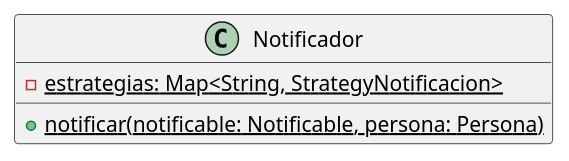
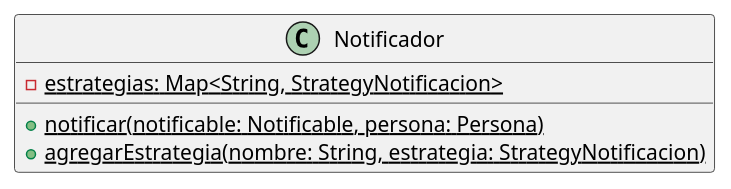
Before and after one commit to mbertogliati/dds-tpa: the diagram in DC/E3/notificaciones/Notificador.puml, drawn with PlantUML. The commit also changed 4 other files, not shown here.

Commit message:
Modifico diagrama de notificador

```diff
--- a/DC/E3/notificaciones/Notificador.puml
+++ b/DC/E3/notificaciones/Notificador.puml
@@ -1,9 +1,10 @@
 @startuml
 'https://plantuml.com/class-diagram
 
 class Notificador{
     {static}-estrategias: Map<String, StrategyNotificacion>
     {static}+notificar(notificable: Notificable, persona: Persona)
+    {static}+agregarEstrategia(nombre: String, estrategia: StrategyNotificacion)
 }
 
 @enduml
```
